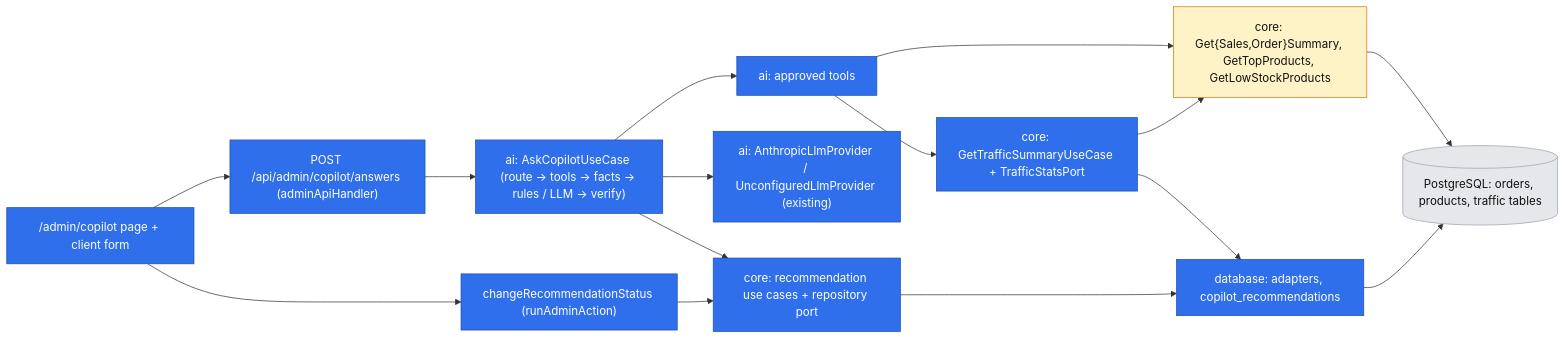
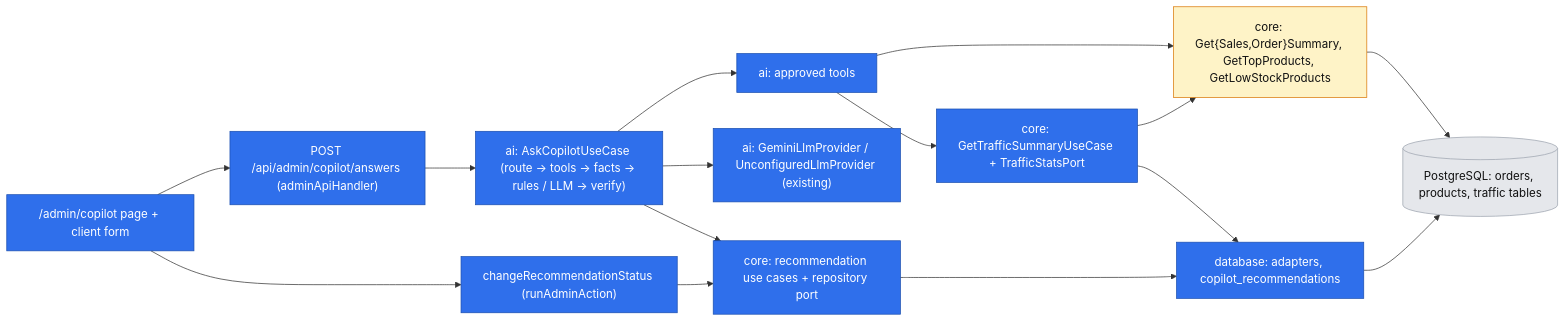
The diagram in .ai/specs/2026-10-17-commerce-copilot.md (BOMateuszBialas/techleaders), drawn with Mermaid before and after one commit. The commit also changed other lines of this file, not shown here.

Commit message:
docs(specs): Copilot LLM provider is the Gemini API free tier (owner decision A1, A2)

````diff
--- a/.ai/specs/2026-10-17-commerce-copilot.md
+++ b/.ai/specs/2026-10-17-commerce-copilot.md
@@ -115,30 +115,30 @@
 ```mermaid
 flowchart LR
     classDef new fill:#2f6feb,color:#fff,stroke:#1b4fb0
     classDef existing fill:#e5e7eb,color:#111,stroke:#9ca3af
     classDef planned fill:#fef3c7,color:#111,stroke:#d97706
 
     page["/admin/copilot page + client form"]:::new
     route["POST /api/admin/copilot/answers (adminApiHandler)"]:::new
     action["changeRecommendationStatus (runAdminAction)"]:::new
     ask["ai: AskCopilotUseCase (route → tools → facts → rules / LLM → verify)"]:::new
     tools["ai: approved tools"]:::new
-    llm["ai: AnthropicLlmProvider / UnconfiguredLlmProvider (existing)"]:::new
+    llm["ai: GeminiLlmProvider / UnconfiguredLlmProvider (existing)"]:::new
     metrics["core: Get{Sales,Order}Summary, GetTopProducts, GetLowStockProducts"]:::planned
     traffic["core: GetTrafficSummaryUseCase + TrafficStatsPort"]:::new
     recs["core: recommendation use cases + repository port"]:::new
     db["database: adapters, copilot_recommendations"]:::new
     pg[("PostgreSQL: orders, products, traffic tables")]:::existing
 
     page --> route --> ask
     page --> action --> recs
     ask --> tools --> metrics
     tools --> traffic
     traffic --> metrics
     ask --> llm
     ask --> recs
     recs --> db
     traffic --> db
     metrics --> pg
     db --> pg
 ```
````
